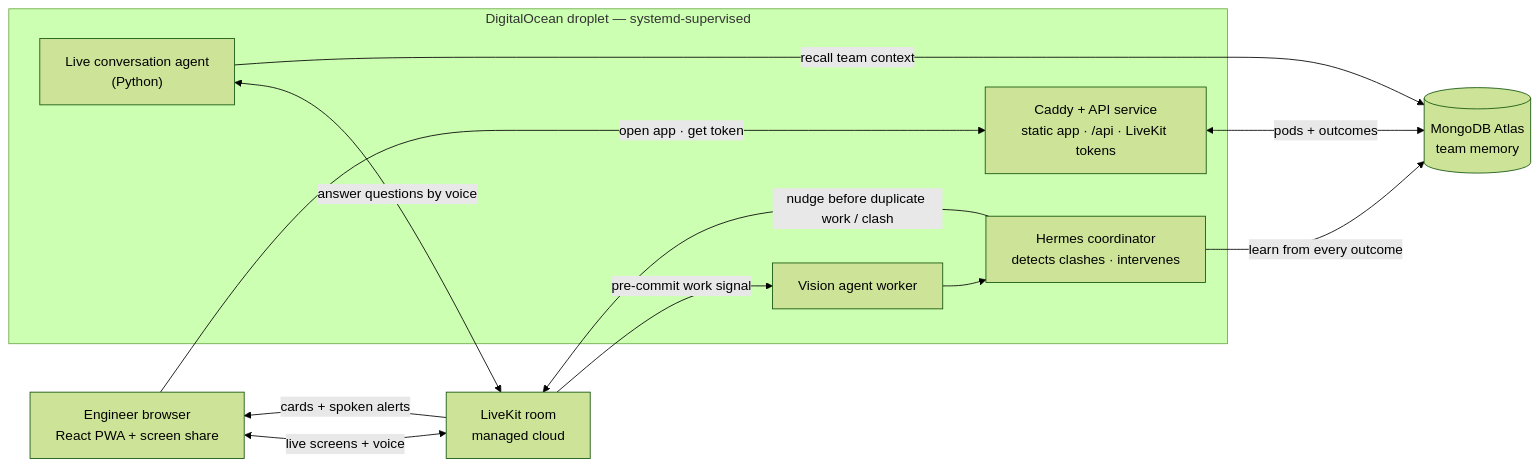
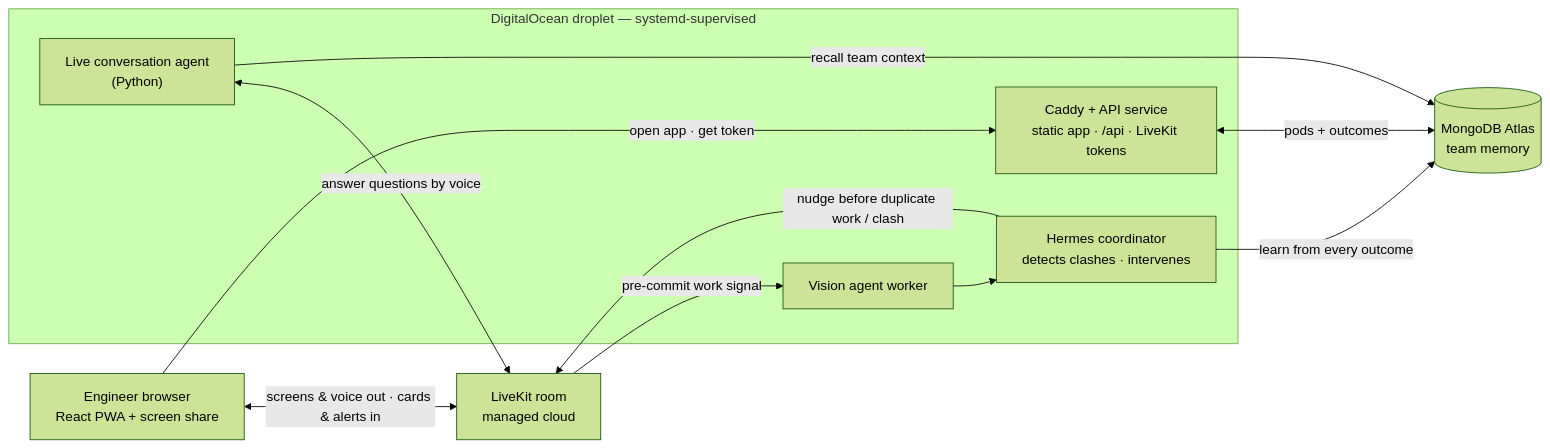
One commit to karti-ai/podman changed the first of 3 diagrams in README.md. Above: the diagram before and after it, drawn with Mermaid (forest theme).

Commit message:
docs: group engineer-browser edges in infra diagram
Fold the cards/alerts return path into the bidirectional Dev<->LiveKit
edge so the browser shows two grouped routes (app+token, combined live
channel) instead of three.

Claude-Session: https://claude.ai/code/session_01LuV8W8oNYRsDWKoqK8Mkqc

````diff
--- a/README.md
+++ b/README.md
@@ -105,24 +105,23 @@
 ```mermaid
 flowchart LR
   Dev["Engineer browser<br/>React PWA + screen share"]
 
   subgraph DO["DigitalOcean droplet — systemd-supervised"]
     WebApi["Caddy + API service<br/>static app · /api · LiveKit tokens"]
     Agent["Vision agent worker"]
     Coord["Hermes coordinator<br/>detects clashes · intervenes"]
     PyAgent["Live conversation agent<br/>(Python)"]
   end
 
   LK["LiveKit room<br/>managed cloud"]
   Mongo[("MongoDB Atlas<br/>team memory")]
 
   Dev -->|"open app · get token"| WebApi
-  Dev <-->|"live screens + voice"| LK
+  Dev <-->|"screens & voice out · cards & alerts in"| LK
   LK -->|"pre-commit work signal"| Agent --> Coord
   Coord -->|"nudge before duplicate work / clash"| LK
-  LK -->|"cards + spoken alerts"| Dev
   PyAgent <-->|"answer questions by voice"| LK
   Coord -->|"learn from every outcome"| Mongo
   PyAgent -->|"recall team context"| Mongo
   WebApi <-->|"pods + outcomes"| Mongo
 ```
````
